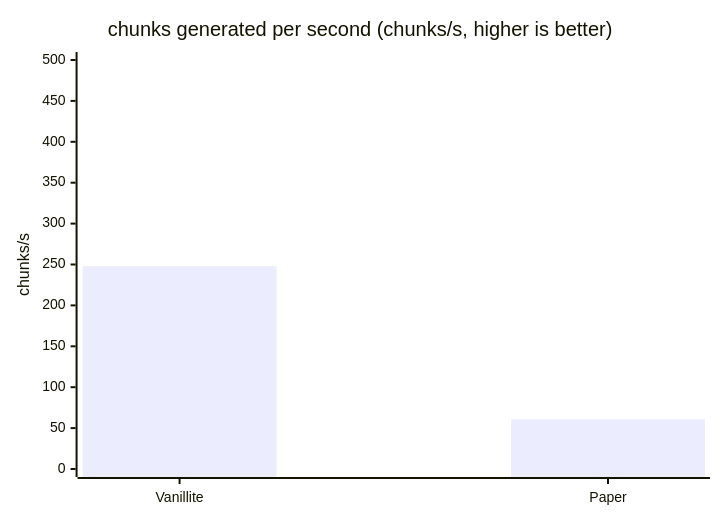
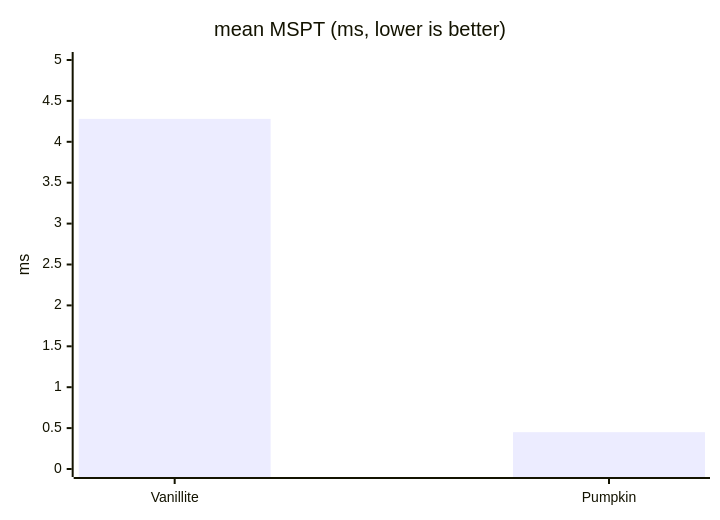
Before and after one commit to hthoene/Vanillite: the tenth of 15 diagrams in benchmarks/README.md, drawn with Mermaid. The commit also changed other lines of this file and 6 other files, not shown here.

````diff
--- a/benchmarks/README.md
+++ b/benchmarks/README.md
@@ -293,7 +328,7 @@
 ```mermaid
 xychart-beta
-    title "chunks generated per second (chunks/s, higher is better)"
-    x-axis ["Vanillite", "Paper"]
-    y-axis "chunks/s" 0 --> 500
-    bar [248, 60.96]
+    title "mean MSPT (ms, lower is better)"
+    x-axis ["Vanillite", "Pumpkin"]
+    y-axis "ms" 0 --> 5
+    bar [4.28, 0.45]
 ```
````
